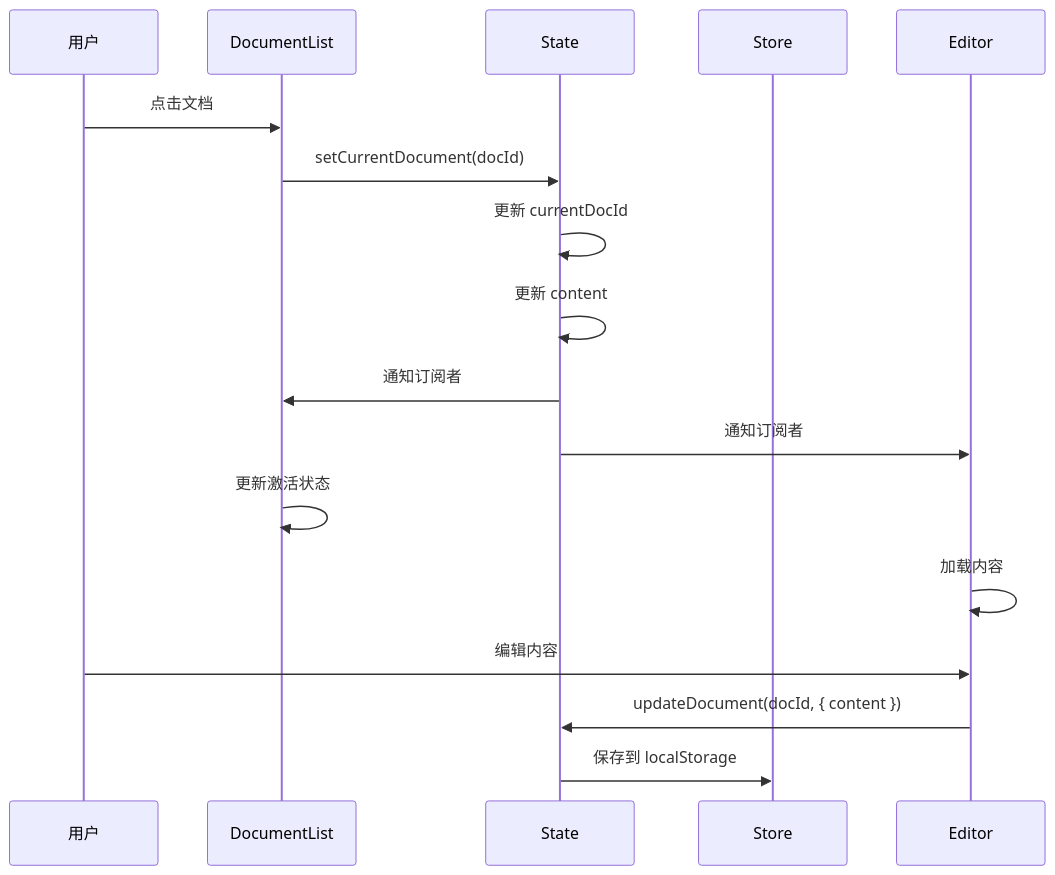
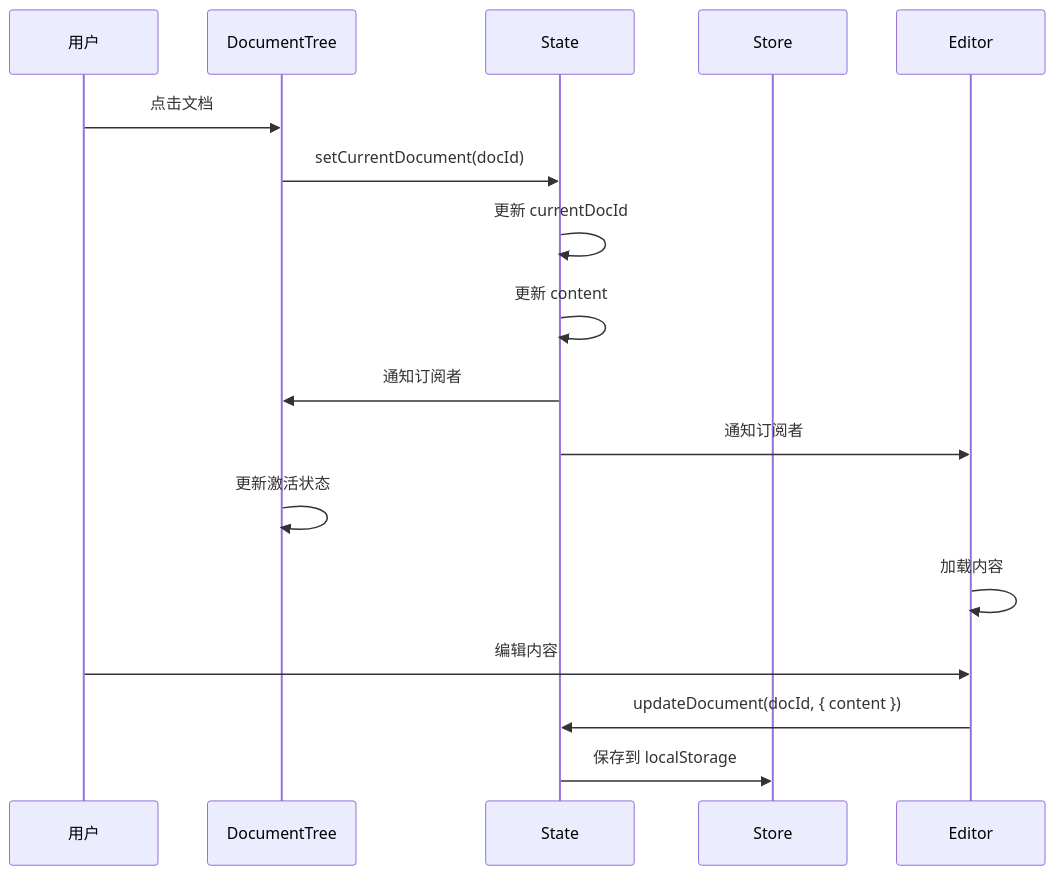
Diagram 14 of 15 in docs/arch.md (ZCShou/markdown), drawn with Mermaid before and after one commit. The commit also changed other lines of this file and 8 other files, not shown here.

Commit message:
refactor: rename DocumentList to DocumentTree for semantic clarity

````diff
--- a/docs/arch.md
+++ b/docs/arch.md
@@ -1655,21 +1655,21 @@
 ```mermaid
 sequenceDiagram
     participant U as 用户
-    participant D as DocumentList
+    participant D as DocumentTree
     participant S as State
     participant ST as Store
     participant E as Editor
 
     U->>D: 点击文档
     D->>S: setCurrentDocument(docId)
     S->>S: 更新 currentDocId
     S->>S: 更新 content
     S->>D: 通知订阅者
     S->>E: 通知订阅者
     D->>D: 更新激活状态
     E->>E: 加载内容
     
     U->>E: 编辑内容
     E->>S: updateDocument(docId, { content })
     S->>ST: 保存到 localStorage
 ```
````
